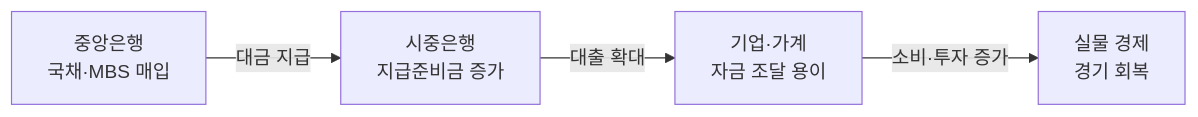
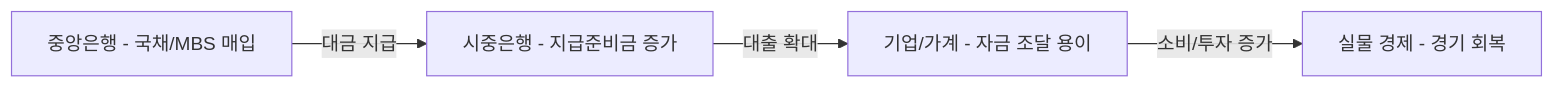
Before and after one commit to kenshin579/investment.advenoh.pe.kr: the first of 3 diagrams in contents/etc/quantitative-easing-and-tightening/index.md, drawn with Mermaid. The commit also changed other lines of this file and 3 other files, not shown here.

First line of the commit message:
[#77] 유동성 모니터링 섹션 추가 및 Mermaid 다이어그램 개선

````diff
--- a/contents/etc/quantitative-easing-and-tightening/index.md
+++ b/contents/etc/quantitative-easing-and-tightening/index.md
@@ -107,6 +118,6 @@
 ```mermaid
 graph LR
-    A[중앙은행<br/>국채·MBS 매입] -->|대금 지급| B[시중은행<br/>지급준비금 증가]
-    B -->|대출 확대| C[기업·가계<br/>자금 조달 용이]
-    C -->|소비·투자 증가| D[실물 경제<br/>경기 회복]
+    A[중앙은행 - 국채/MBS 매입] -->|대금 지급| B[시중은행 - 지급준비금 증가]
+    B -->|대출 확대| C[기업/가계 - 자금 조달 용이]
+    C -->|소비/투자 증가| D[실물 경제 - 경기 회복]
 ```
````
